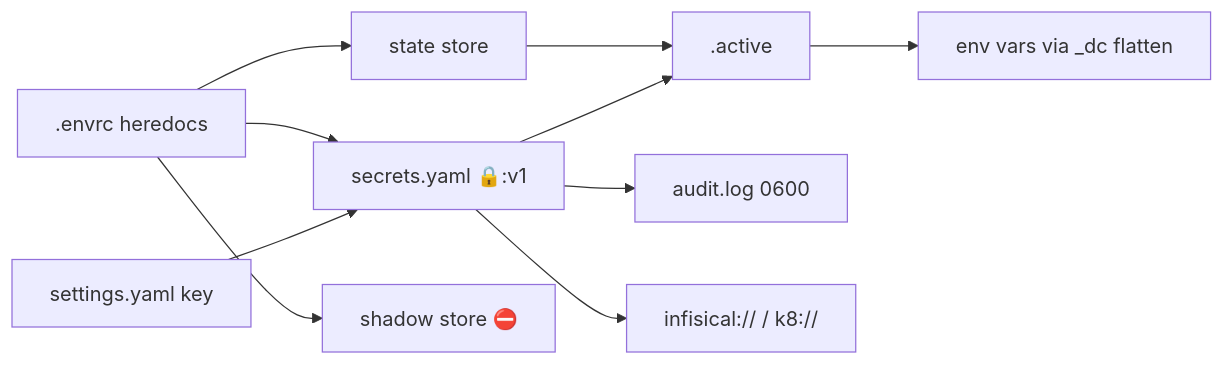
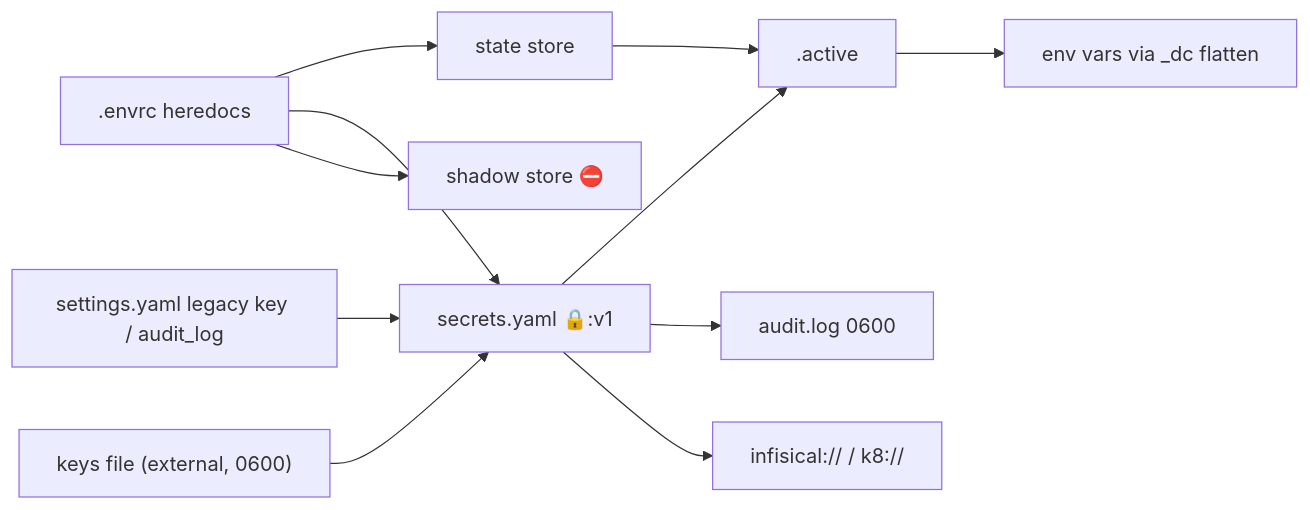
The diagram in docs/PROJ-SCHEMA.summary.md (the-robot-lives/direnv-config), drawn with Mermaid before and after one commit. The commit also changed other lines of this file and 8 other files, not shown here.

Commit message:
docs: refresh layout/schema/arch + add threat model (2026-10-07 fleet sweep)

````diff
--- a/docs/PROJ-SCHEMA.summary.md
+++ b/docs/PROJ-SCHEMA.summary.md
@@ -35,12 +36,13 @@
 ```mermaid
 graph LR
     ENVRC[".envrc heredocs"] --> STORE["state store"]
     ENVRC --> SECRETS["secrets.yaml 🔒:v1"]
     ENVRC --> SHADOW["shadow store ⛔"]
     STORE --> ACTIVE[".active"]
     SECRETS --> ACTIVE
     ACTIVE --> ENV["env vars via _dc flatten"]
-    SETTINGS["settings.yaml key"] --> SECRETS
+    SETTINGS["settings.yaml legacy key / audit_log"] --> SECRETS
+    KEYFILE["keys file (external, 0600)"] --> SECRETS
     SECRETS --> AUDIT["audit.log 0600"]
     SECRETS --> REMOTE["infisical:// / k8://"]
 ```
````
